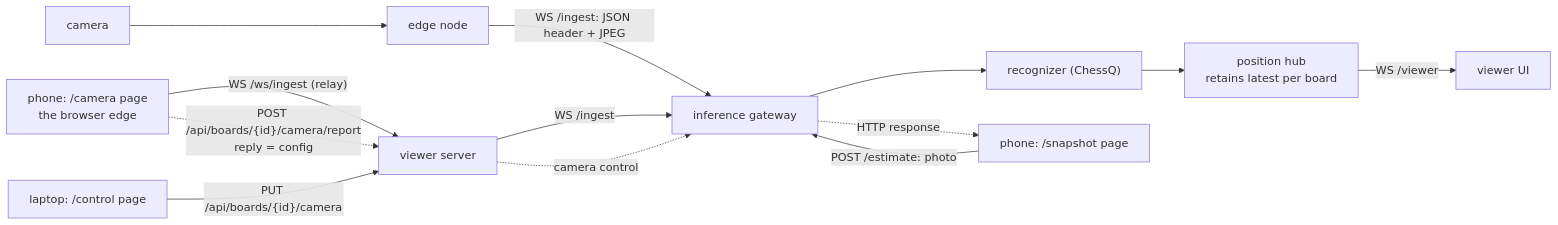
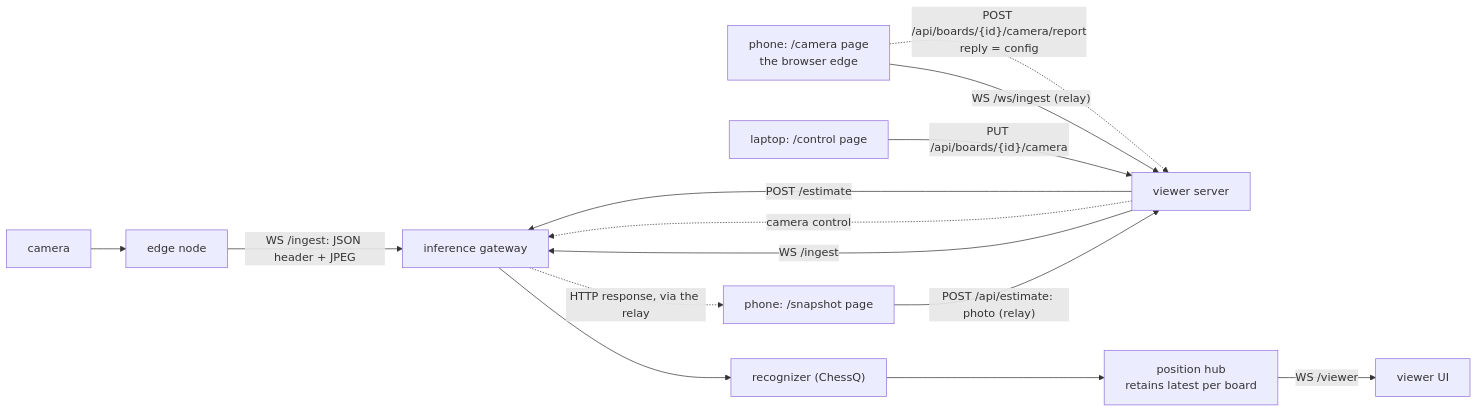
One commit to membranepotential/board-reader changed the diagram in docs/architecture.md. Above: the diagram before and after it, drawn with Mermaid. The commit also changed other lines of this file and 8 other files, not shown here.

````diff
--- a/docs/architecture.md
+++ b/docs/architecture.md
@@ -38,15 +38,16 @@
 ```mermaid
 flowchart LR
   cam[camera] --> edge[edge node]
   edge -->|WS /ingest: JSON header + JPEG| gw[inference gateway]
   camphone[phone: /camera page<br/>the browser edge] -->|"WS /ws/ingest (relay)"| vw[viewer server]
   vw -->|WS /ingest| gw
   laptop[laptop: /control page] -->|"PUT /api/boards/{id}/camera"| vw
   camphone -.->|"POST /api/boards/{id}/camera/report<br/>reply = config"| vw
   vw -.->|camera control| gw
-  phone[phone: /snapshot page] -->|POST /estimate: photo| gw
+  phone[phone: /snapshot page] -->|"POST /api/estimate: photo (relay)"| vw
+  vw -->|POST /estimate| gw
   gw --> rec["recognizer (ChessQ)"]
   rec --> hub[position hub<br/>retains latest per board]
   hub -->|WS /viewer| viewer[viewer UI]
-  gw -.->|HTTP response| phone
+  gw -.->|HTTP response, via the relay| phone
 ```
````
